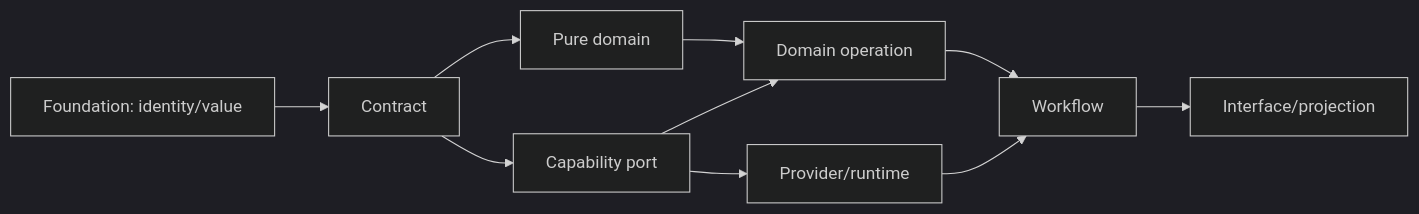
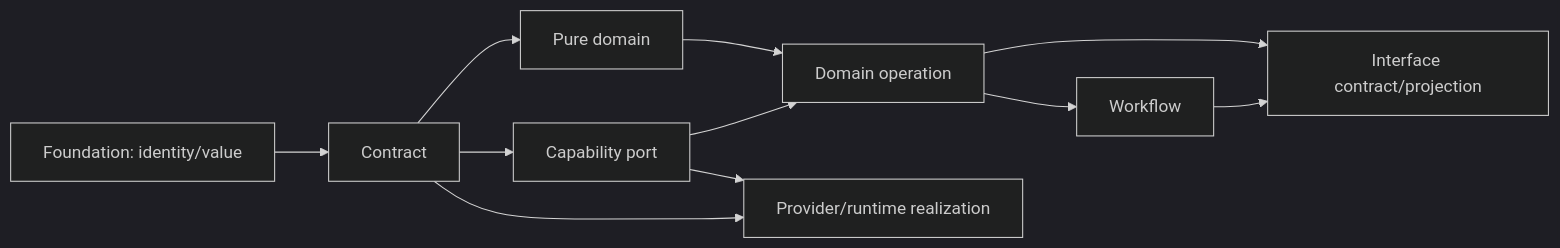
The seventh of 18 diagrams in docs/implementation-architecture.md (sec-platform/sec), drawn with Mermaid (dark theme) before and after one commit. The commit also changed other lines of this file and 2 other files, not shown here.

````diff
--- a/docs/implementation-architecture.md
+++ b/docs/implementation-architecture.md
@@ -379,12 +550,13 @@
 ```mermaid
 flowchart LR
   F[Foundation: identity/value] --> C[Contract]
   C --> D[Pure domain]
   C --> P[Capability port]
   D --> O[Domain operation]
   P --> O
-  P --> R[Provider/runtime]
   O --> W[Workflow]
-  R --> W
-  W --> X[Interface/projection]
+  P --> R[Provider/runtime realization]
+  C --> R
+  O --> I[Interface contract/projection]
+  W --> I
 ```
````
